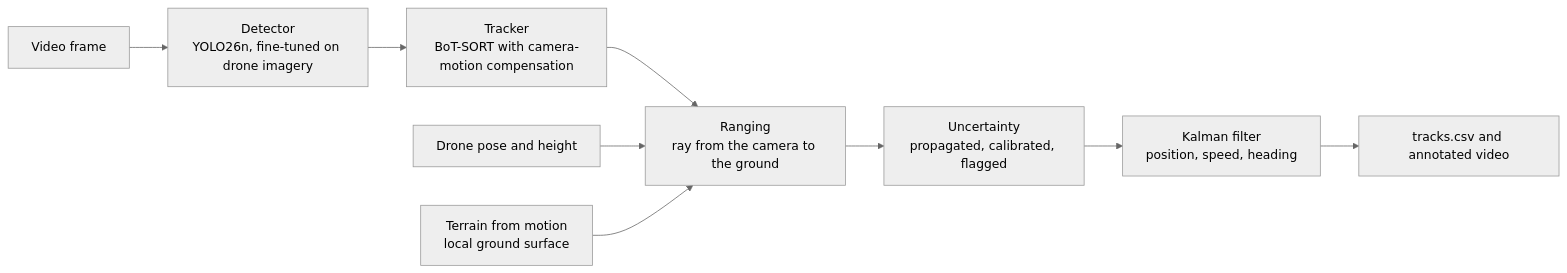
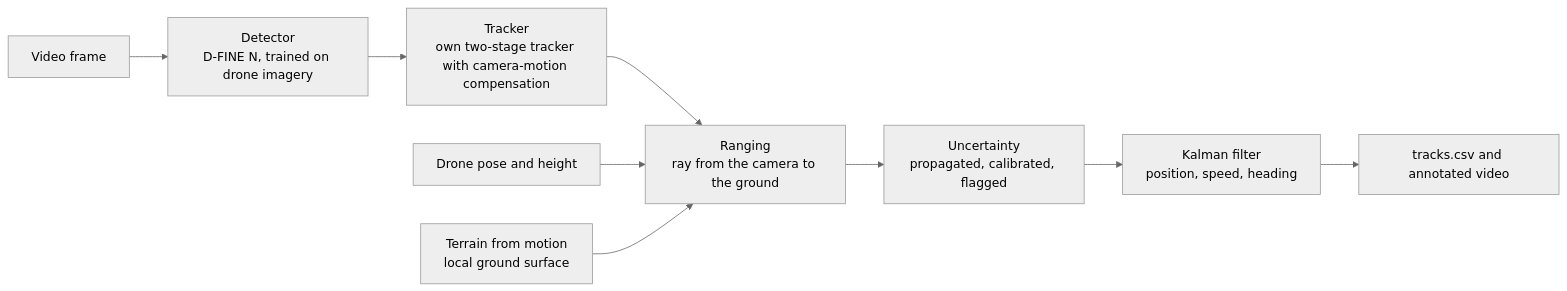
One commit to LukeA77/drone-ranger changed the diagram in README.md. Above: the diagram before and after it, drawn with Mermaid (neutral theme). The commit also changed other lines of this file and 67 other files, not shown here.

Commit message:
phase-8: D-FINE N detector, own tracker, one-time VisDrone test, ARM64 container check, INT8 models, Apache-2.0 licence, README for version 2

````diff
--- a/README.md
+++ b/README.md
@@ -35,11 +45,11 @@
 ```mermaid
 flowchart LR
-    A[Video frame] --> B[Detector<br/>YOLO26n, fine-tuned on drone imagery]
-    B --> C[Tracker<br/>BoT-SORT with camera-motion compensation]
+    A[Video frame] --> B[Detector<br/>D-FINE N, trained on drone imagery]
+    B --> C[Tracker<br/>own two-stage tracker with camera-motion compensation]
     C --> D[Ranging<br/>ray from the camera to the ground]
     G[Drone pose and height] --> D
     H[Terrain from motion<br/>local ground surface] --> D
     D --> E[Uncertainty<br/>propagated, calibrated, flagged]
     E --> F[Kalman filter<br/>position, speed, heading]
     F --> O[tracks.csv and annotated video]
 ```
````
